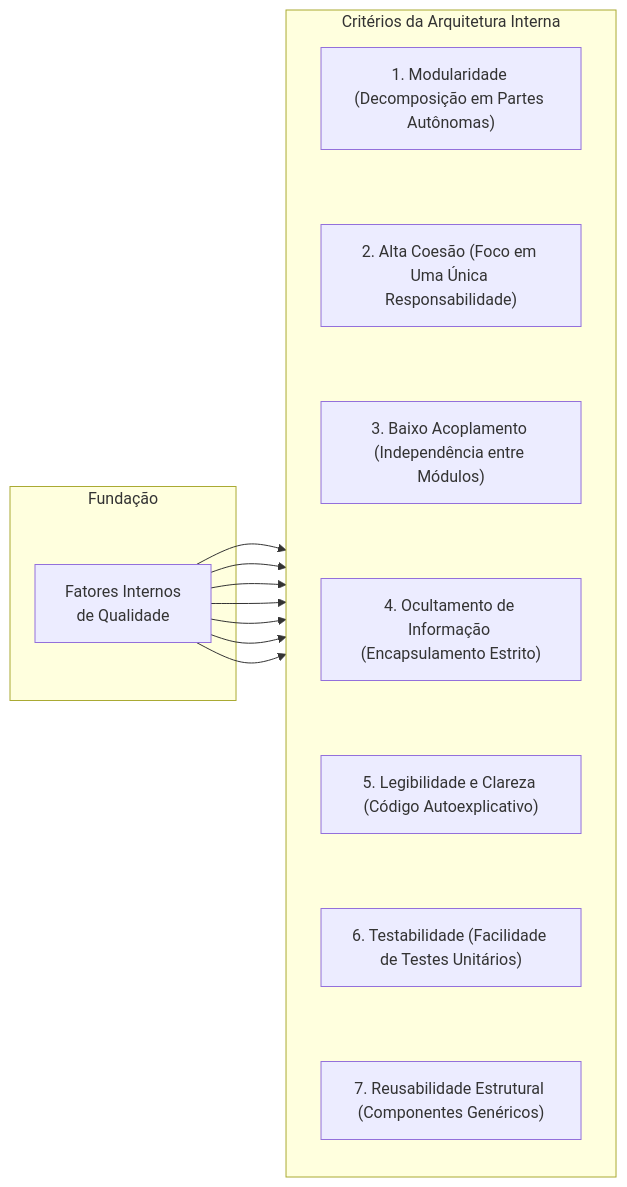
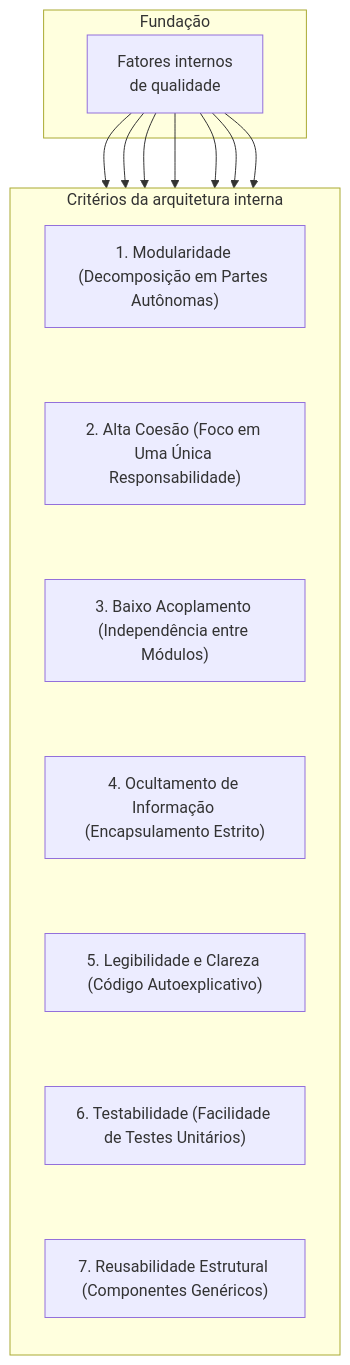
One commit to leorruas/puc changed the second of 3 diagrams in 01. Programacao Modular/06. Fatores internos de qualidade de software.md. Above: the diagram before and after it, drawn with Mermaid. The commit also changed 7 other files, not shown here.

Commit message:
refactor(mermaid): padroniza engine do app com curve linear para linhas retas, atualiza Regra 9 do AGENTS.md e refatora todos os diagramas LR para TD vertical em todo o vault

````diff
--- a/01. Programacao Modular/06. Fatores internos de qualidade de software.md
+++ b/01. Programacao Modular/06. Fatores internos de qualidade de software.md
@@ -60,32 +60,32 @@
 ```mermaid
-flowchart LR
+flowchart TD
     subgraph Origem ["Fundação"]
-        Root["Fatores Internos<br>de Qualidade"]
+        Root["Fatores internos<br>de qualidade"]
     end
 
-    subgraph Dimensoes ["Critérios da Arquitetura Interna"]
+    subgraph Dimensoes ["Critérios da arquitetura interna"]
         direction TB
         I1["1. Modularidade (Decomposição em Partes Autônomas)"]
         I2["2. Alta Coesão (Foco em Uma Única Responsabilidade)"]
         I3["3. Baixo Acoplamento (Independência entre Módulos)"]
         I4["4. Ocultamento de Informação (Encapsulamento Estrito)"]
         I5["5. Legibilidade e Clareza (Código Autoexplicativo)"]
         I6["6. Testabilidade (Facilidade de Testes Unitários)"]
         I7["7. Reusabilidade Estrutural (Componentes Genéricos)"]
 
         I1 ~~~ I2
         I2 ~~~ I3
         I3 ~~~ I4
         I4 ~~~ I5
         I5 ~~~ I6
         I6 ~~~ I7
     end
 
     Root --> I1
     Root --> I2
     Root --> I3
     Root --> I4
     Root --> I5
     Root --> I6
     Root --> I7
 ```
````
